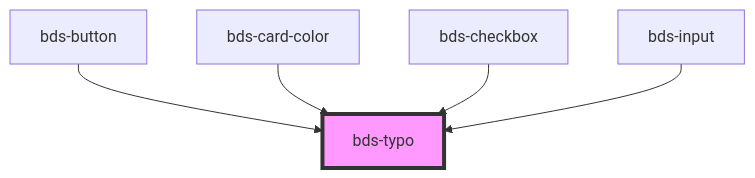
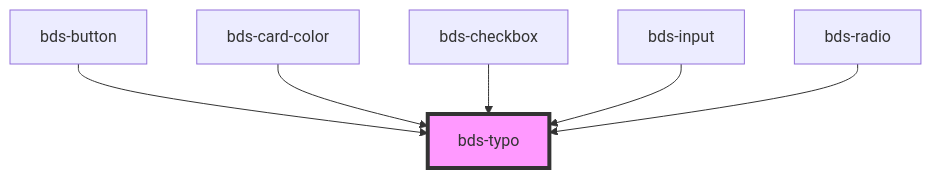
Before and after one commit to takenet/blip-ds: the diagram in src/components/typo/readme.md, drawn with Mermaid. The commit also changed other lines of this file and 7 other files, not shown here.

````diff
--- a/src/components/typo/readme.md
+++ b/src/components/typo/readme.md
@@ -31,8 +32,9 @@
 ```mermaid
 graph TD;
   bds-button --> bds-typo
   bds-card-color --> bds-typo
   bds-checkbox --> bds-typo
   bds-input --> bds-typo
+  bds-radio --> bds-typo
   style bds-typo fill:#f9f,stroke:#333,stroke-width:4px
 ```
````
